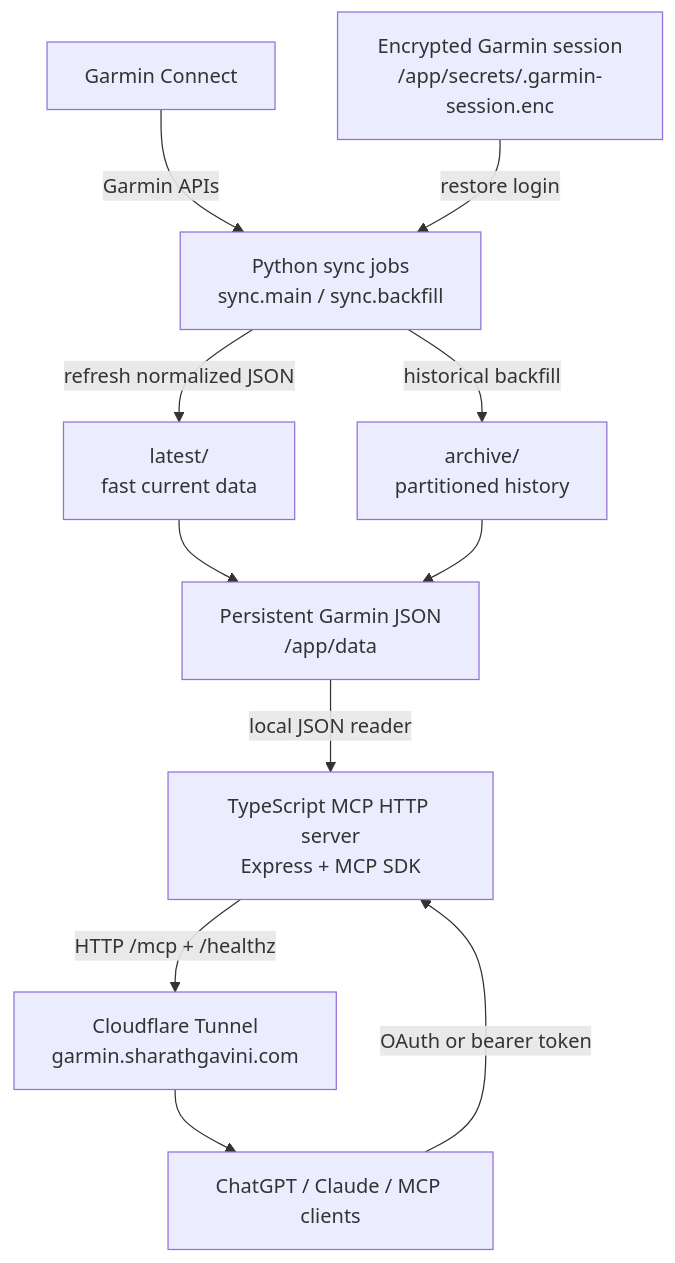
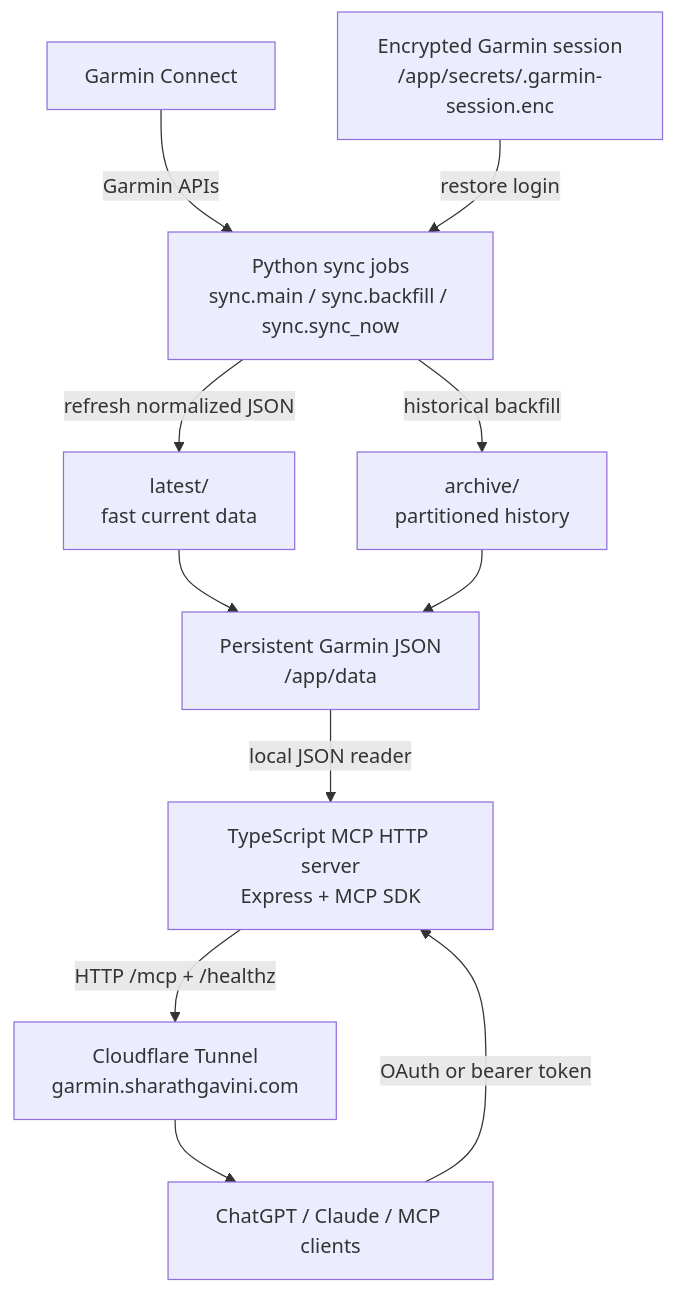
Before and after one commit to sharathgavini/garmin-mcp: the first of 7 diagrams in docs/ARCHITECTURE.md, drawn with Mermaid. The commit also changed other lines of this file and 15 other files, not shown here.

Commit message:
Add incremental sync_now and stream decimation

````diff
--- a/docs/ARCHITECTURE.md
+++ b/docs/ARCHITECTURE.md
@@ -7,23 +7,23 @@
 ```mermaid
 flowchart TB
   Garmin["Garmin Connect"]
-  Sync["Python sync jobs\nsync.main / sync.backfill"]
+  Sync["Python sync jobs\nsync.main / sync.backfill / sync.sync_now"]
   Session["Encrypted Garmin session\n/app/secrets/.garmin-session.enc"]
   Data["Persistent Garmin JSON\n/app/data"]
   Latest["latest/\nfast current data"]
   Archive["archive/\npartitioned history"]
   Server["TypeScript MCP HTTP server\nExpress + MCP SDK"]
   Tunnel["Cloudflare Tunnel\ngarmin.sharathgavini.com"]
   Clients["ChatGPT / Claude / MCP clients"]
 
   Garmin -->|"Garmin APIs"| Sync
   Session -->|"restore login"| Sync
   Sync -->|"refresh normalized JSON"| Latest
   Sync -->|"historical backfill"| Archive
   Latest --> Data
   Archive --> Data
   Data -->|"local JSON reader"| Server
   Server -->|"HTTP /mcp + /healthz"| Tunnel
   Tunnel --> Clients
   Clients -->|"OAuth or bearer token"| Server
 ```
````
